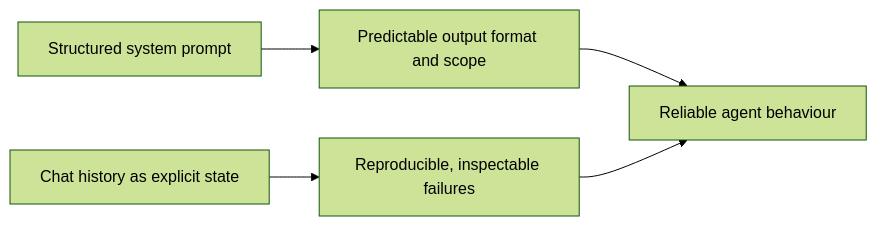
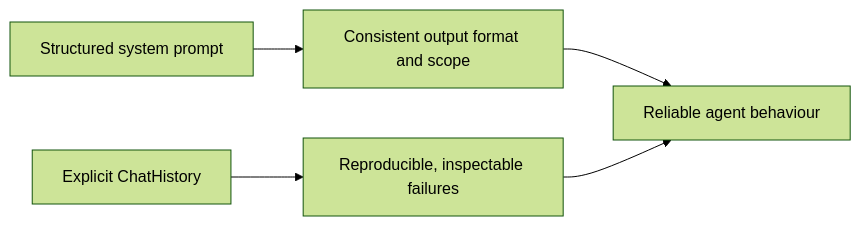
Before and after one commit to kunalbalooni/ai-agent-foundation-series: the second of 2 diagrams in blogs/blog-02-prompt-engineering-and-state/blog.md, drawn with Mermaid (forest theme). The commit also changed other lines of this file, not shown here.

First line of the commit message:
blog-02: rewrite to series standard format

````diff
--- a/blogs/blog-02-prompt-engineering-and-state/blog.md
+++ b/blogs/blog-02-prompt-engineering-and-state/blog.md
@@ -194,7 +113,7 @@
 ```mermaid
 flowchart LR
-    SP[Structured system prompt] --> Predictable[Predictable output format and scope]
-    CH[Chat history as explicit state] --> Debuggable[Reproducible, inspectable failures]
+    SP[Structured system prompt] --> Predictable[Consistent output format and scope]
+    CH[Explicit ChatHistory] --> Debuggable[Reproducible, inspectable failures]
     Predictable --> Reliable[Reliable agent behaviour]
     Debuggable --> Reliable
 ```
````
